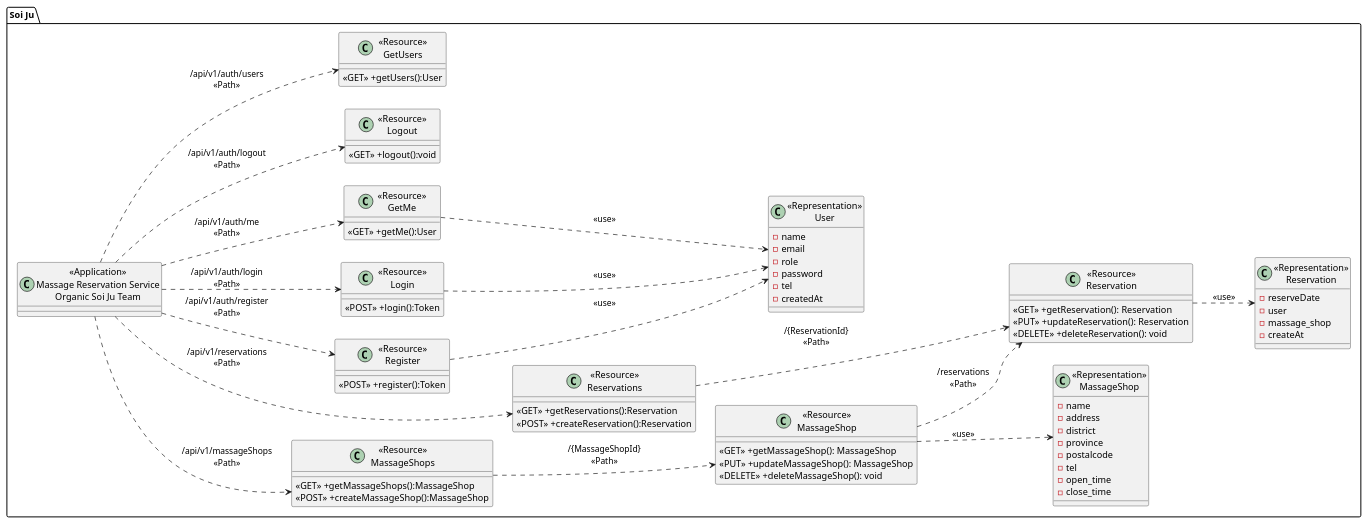
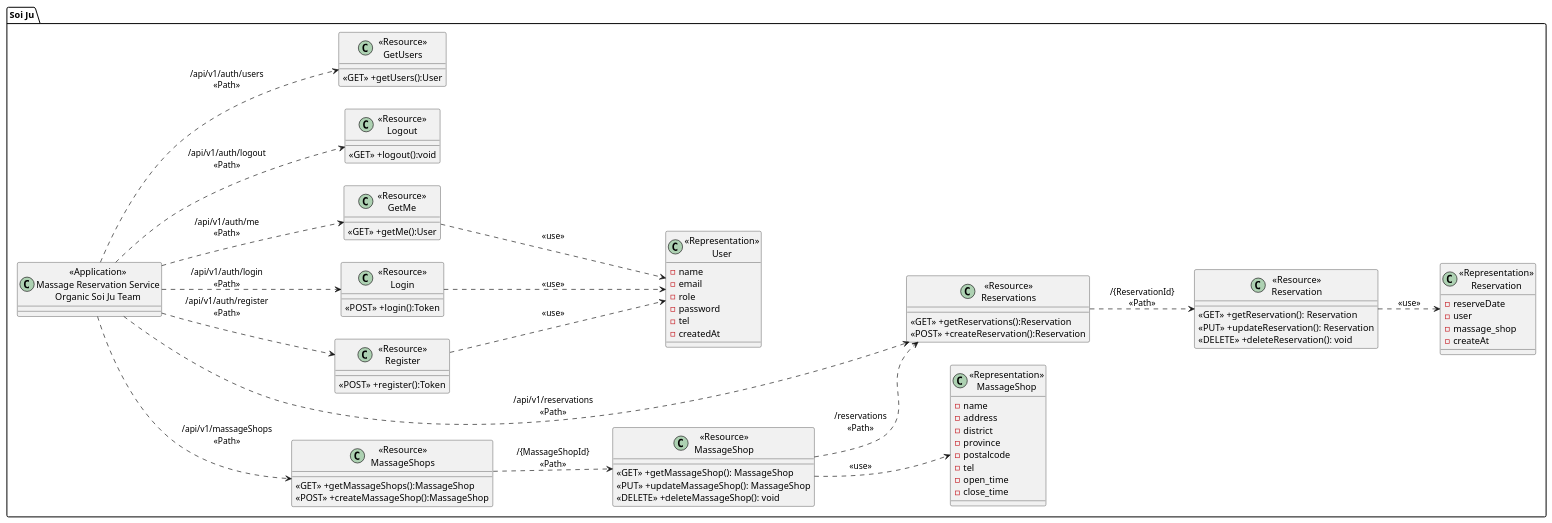
Before and after one commit to 2110503TACEDT66/presentation-day-1-organic-soi-ju: the diagram in ClassDiagram.puml, drawn with PlantUML. The commit also changed 4 other files, not shown here.

Commit message:
Fix SeqDiagrams (delete, authorize)

```diff
--- a/ClassDiagram.puml
+++ b/ClassDiagram.puml
@@ -1,101 +1,101 @@
 @startuml
 left to right direction
 package "Soi Ju"{
     class "<<Application>>\nMassage Reservation Service\nOrganic Soi Ju Team" as VacQService{}
 
     class "<<Resource>>\nMassageShops" as ResourceMassageShops{
         <<GET>> +getMassageShops():MassageShop
         <<POST>> +createMassageShop():MassageShop
     }
 
     class "<<Resource>>\nMassageShop" as ResourceMassageShop {
         <<GET>> +getMassageShop(): MassageShop
         <<PUT>> +updateMassageShop(): MassageShop
         <<DELETE>> +deleteMassageShop(): void
     }
 
     class "<<Representation>>\nMassageShop" as RepresentationMassageShop {
         -name
         -address
         -district
         -province
         -postalcode
         -tel
         -open_time
         -close_time
     }
 
     class "<<Resource>>\nReservations" as ResourceReservations {
         <<GET>> +getReservations():Reservation
         <<POST>> +createReservation():Reservation
     }
 
     class "<<Resource>>\nReservation" as ResourceReservation {
         <<GET>> +getReservation(): Reservation
         <<PUT>> +updateReservation(): Reservation
         <<DELETE>> +deleteReservation(): void
     }
 
 
 
 
     class "<<Representation>>\nReservation" as RepresentationReservation {
         -reserveDate
         -user
         -massage_shop
         -createAt
     }
 
     class "<<Resource>>\nRegister" as ResourceRegister {
         <<POST>> +register():Token
     }
 
     class "<<Resource>>\nLogin" as ResourceLogin {
         <<POST>> +login():Token
     }
 
   
 
     class "<<Resource>>\nGetMe" as ResourceGetMe {
         <<GET>> +getMe():User
     } 
     class "<<Resource>>\nLogout" as ResourceLogout {
         <<GET>> +logout():void
     }
 
     class "<<Resource>>\nGetUsers" as ResourceGetUsers {
         <<GET>> +getUsers():User
     }
 
     class "<<Representation>>\nUser" as RepresentationUser {
         -name
         -email
         -role    
         -password
         -tel
         -createdAt
     }
 
 }
 
 VacQService ..> ResourceMassageShops:"/api/v1/massageShops\n<<Path>>"
 ResourceMassageShops ..> ResourceMassageShop: "/{MassageShopId}\n<<Path>>"
 ResourceMassageShop ..> RepresentationMassageShop: "<<use>>"
-ResourceMassageShop ..> ResourceReservation:"/reservations\n<<Path>>"
+ResourceMassageShop ..> ResourceReservations:"/reservations\n<<Path>>"
 
 VacQService ..> ResourceReservations:"/api/v1/reservations\n<<Path>>"
 ResourceReservations ..> ResourceReservation: "/{ReservationId}\n<<Path>>"
 ResourceReservation ..> RepresentationReservation: "<<use>>"
 
 VacQService ..> ResourceRegister:"/api/v1/auth/register\n<<Path>>"
 VacQService ..> ResourceLogin:"/api/v1/auth/login\n<<Path>>"
 VacQService ..> ResourceGetMe:"/api/v1/auth/me\n<<Path>>"
 VacQService ..> ResourceLogout:"/api/v1/auth/logout\n<<Path>>"
 VacQService ..> ResourceGetUsers:"/api/v1/auth/users\n<<Path>>"
 ResourceRegister ..> RepresentationUser: "<<use>>"
 ResourceLogin ..> RepresentationUser : "<<use>>"
 ResourceGetMe ..> RepresentationUser : "<<use>>"
 
 
 
 @enduml
```
